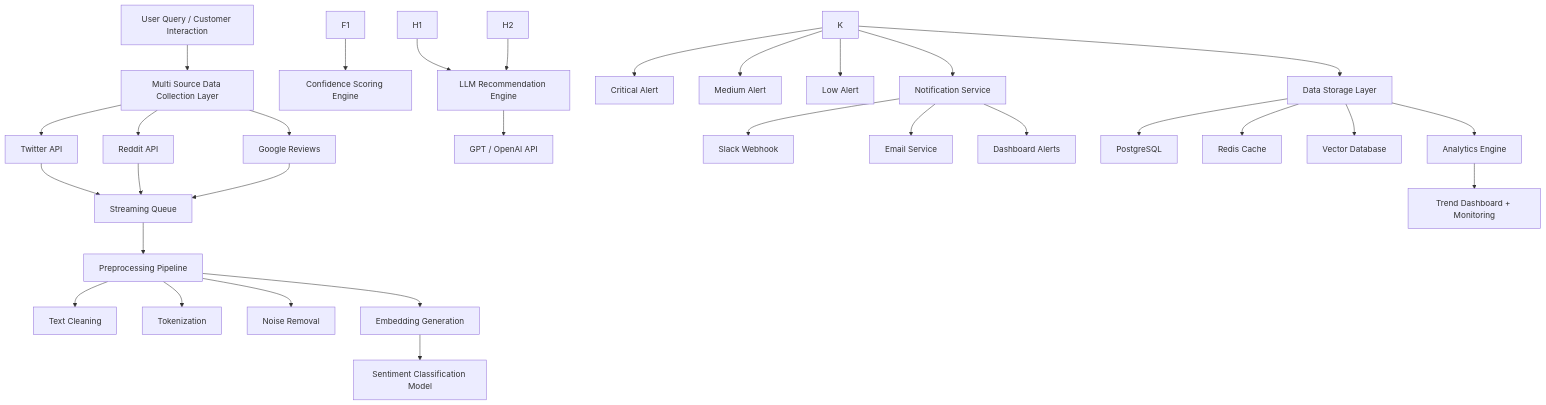
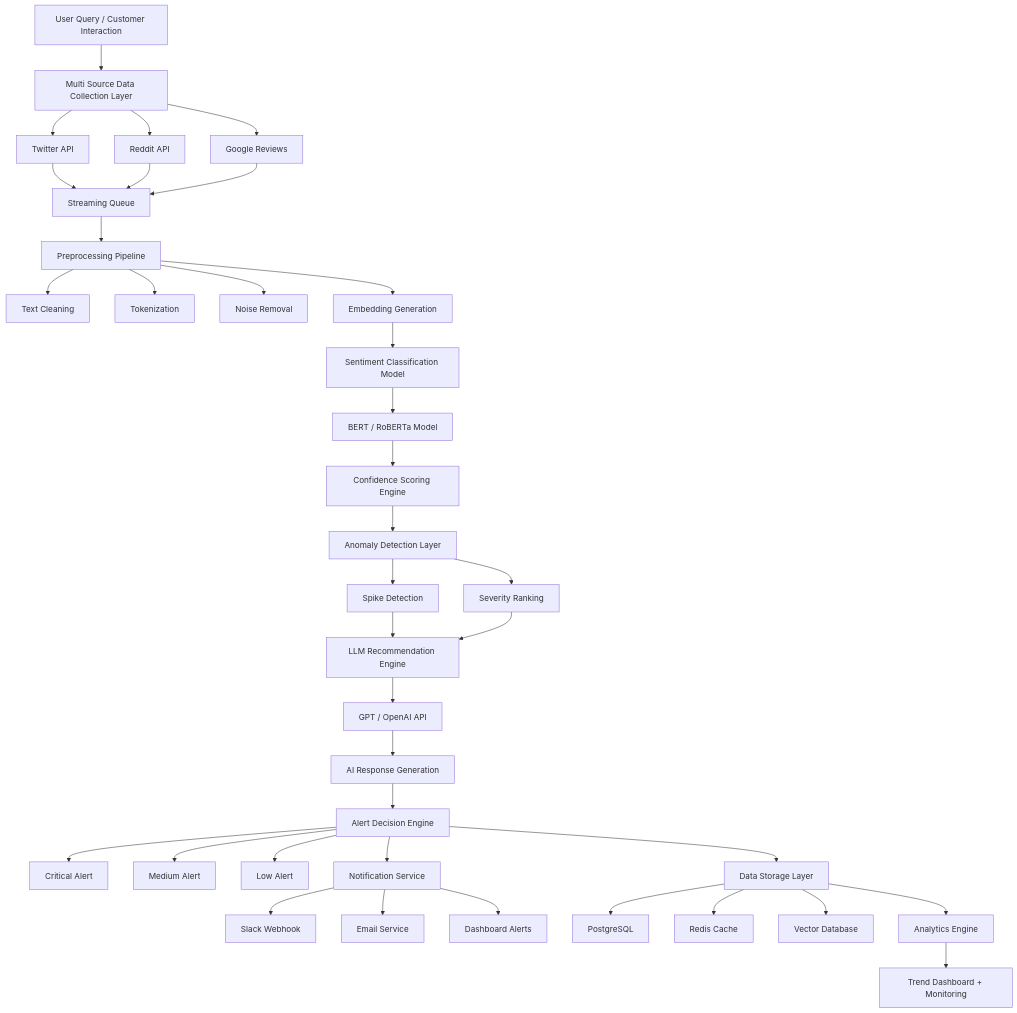
One commit to SushantmaniTripathi/Storm-Signal changed the diagram in README.md. Above: the diagram before and after it, drawn with Mermaid.

Commit message:
Update #4 Architecture with new components

````diff
--- a/README.md
+++ b/README.md
@@ -60,52 +60,61 @@
 ```mermaid
 flowchart TD
 
 A[User Query / Customer Interaction]
 
 A --> B[Multi Source Data Collection Layer]
 
 B --> C1[Twitter API]
 B --> C2[Reddit API]
 B --> C3[Google Reviews]
 
 C1 --> D[Streaming Queue]
 C2 --> D
 C3 --> D
 
+
 D --> E[Preprocessing Pipeline]
 
 E --> E1[Text Cleaning]
 E --> E2[Tokenization]
 E --> E3[Noise Removal]
 E --> E4[Embedding Generation]
 
 E4 --> F[Sentiment Classification Model]
 
+F --> F1[BERT / RoBERTa Model]
+F1 --> G[Confidence Scoring Engine]
 
-F1 --> G[Confidence Scoring Engine]
+G --> H[Anomaly Detection Layer]
+
+H --> H1[Spike Detection]
+H --> H2[Severity Ranking]
 
 H1 --> I[LLM Recommendation Engine]
 H2 --> I
 
 I --> I1[GPT / OpenAI API]
+I1 --> J[AI Response Generation]
+
+J --> K[Alert Decision Engine]
 
 K --> K1[Critical Alert]
 K --> K2[Medium Alert]
 K --> K3[Low Alert]
 
 K --> L[Notification Service]
 
 L --> L1[Slack Webhook]
 L --> L2[Email Service]
 L --> L3[Dashboard Alerts]
 
 K --> M[Data Storage Layer]
 
 M --> M1[PostgreSQL]
 M --> M2[Redis Cache]
 M --> M3[Vector Database]
 
 M --> N[Analytics Engine]
 
 N --> O[Trend Dashboard + Monitoring]
 ```
````
